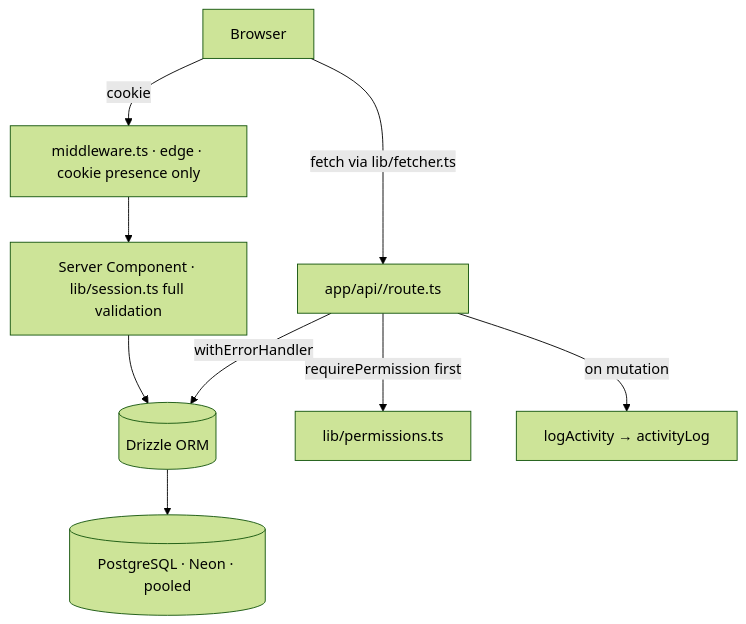
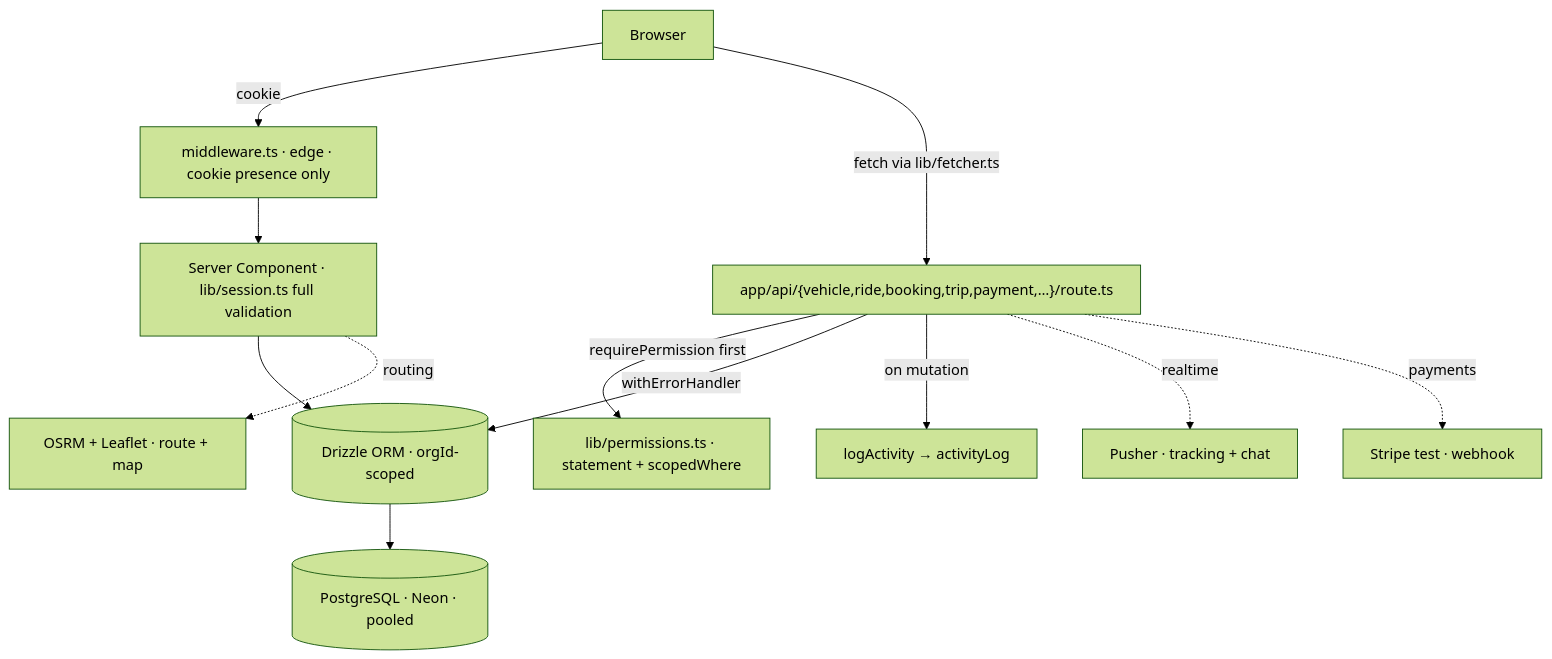
Before and after one commit to ShivamPatel145/Carpooling-Platform: the diagram in docs/architecture.md, drawn with Mermaid (forest theme). The commit also changed other lines of this file and 14 other files, not shown here.

````diff
--- a/docs/architecture.md
+++ b/docs/architecture.md
@@ -9,13 +9,16 @@
 ```mermaid
 %% Domain entities (vehicle, ride, booking, trip, payment, …) share this shape —
 %% only the entity names change; the request path does not.
 flowchart TD
     Browser -->|cookie| Middleware[middleware.ts · edge · cookie presence only]
     Middleware --> RSC[Server Component · lib/session.ts full validation]
-    Browser -->|fetch via lib/fetcher.ts| API[app/api/<resource>/route.ts]
+    Browser -->|fetch via lib/fetcher.ts| API["app/api/{vehicle,ride,booking,trip,payment,…}/route.ts"]
     RSC --> DB
-    API -->|requirePermission first| Perms[lib/permissions.ts]
-    API -->|withErrorHandler| DB[(Drizzle ORM)]
+    API -->|requirePermission first| Perms[lib/permissions.ts · statement + scopedWhere]
+    API -->|withErrorHandler| DB[(Drizzle ORM · orgId-scoped)]
     DB --> Neon[(PostgreSQL · Neon · pooled)]
     API -->|on mutation| Activity[logActivity → activityLog]
+    API -.->|realtime| Pusher[Pusher · tracking + chat]
+    API -.->|payments| Stripe[Stripe test · webhook]
+    RSC -.->|routing| OSRM[OSRM + Leaflet · route + map]
 ```
````
